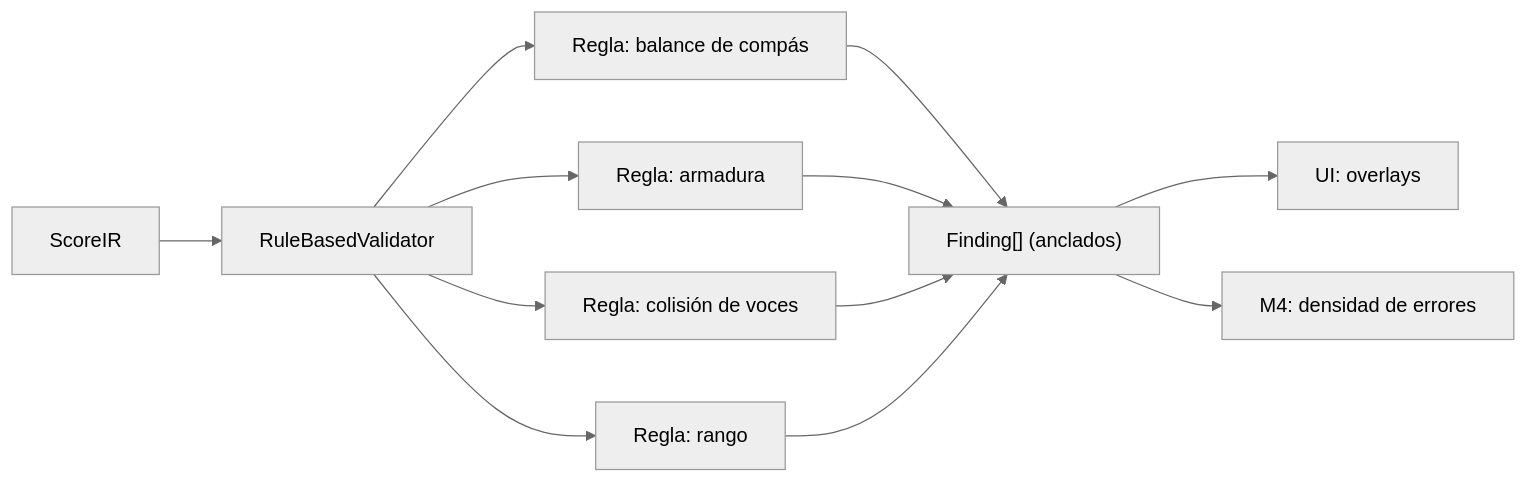
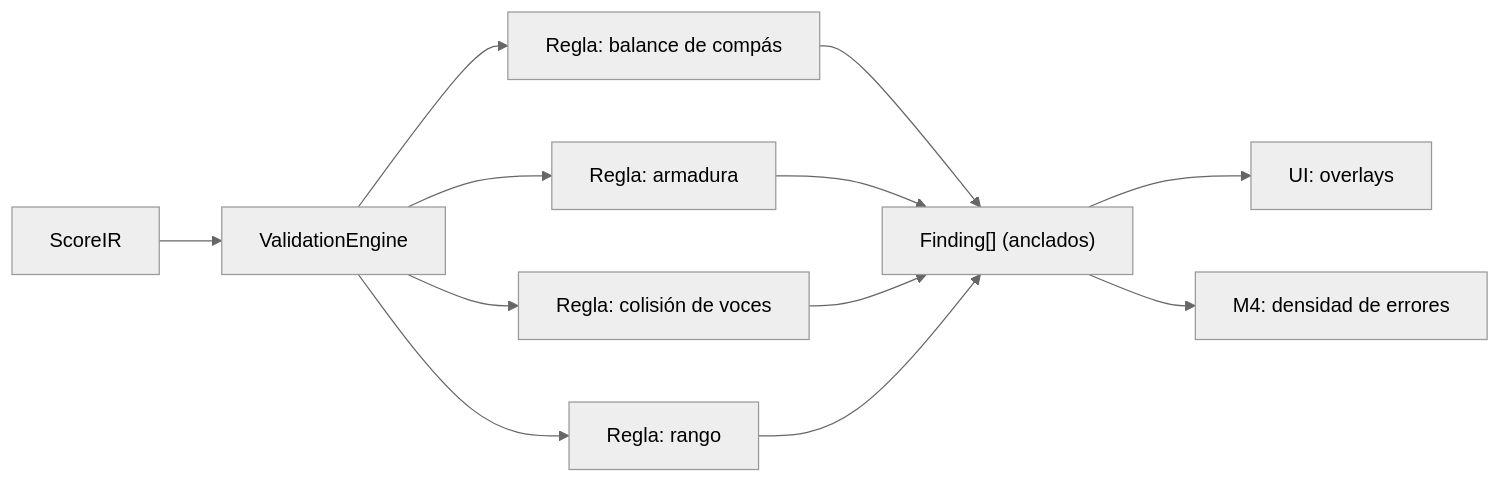
The seventh of 10 diagrams in docs/ARCHITECTURE.md (sebdavid3/Cadenza), drawn with Mermaid (neutral theme) before and after one commit. The commit also changed other lines of this file and 4 other files, not shown here.

First line of the commit message:
docs(architecture): fijar la arquitectura objetivo v1.1 y alinear el DBB

````diff
--- a/docs/ARCHITECTURE.md
+++ b/docs/ARCHITECTURE.md
@@ -403,14 +443,14 @@
 ```mermaid
 flowchart LR
-    IR["ScoreIR"] --> V["RuleBasedValidator"]
+    IR["ScoreIR"] --> V["ValidationEngine"]
     V --> R1["Regla: balance de compás"]
     V --> R2["Regla: armadura"]
     V --> R3["Regla: colisión de voces"]
     V --> R4["Regla: rango"]
     R1 --> F["Finding[] (anclados)"]
     R2 --> F
     R3 --> F
     R4 --> F
     F --> UI["UI: overlays"]
     F --> M4["M4: densidad de errores"]
 ```
````
